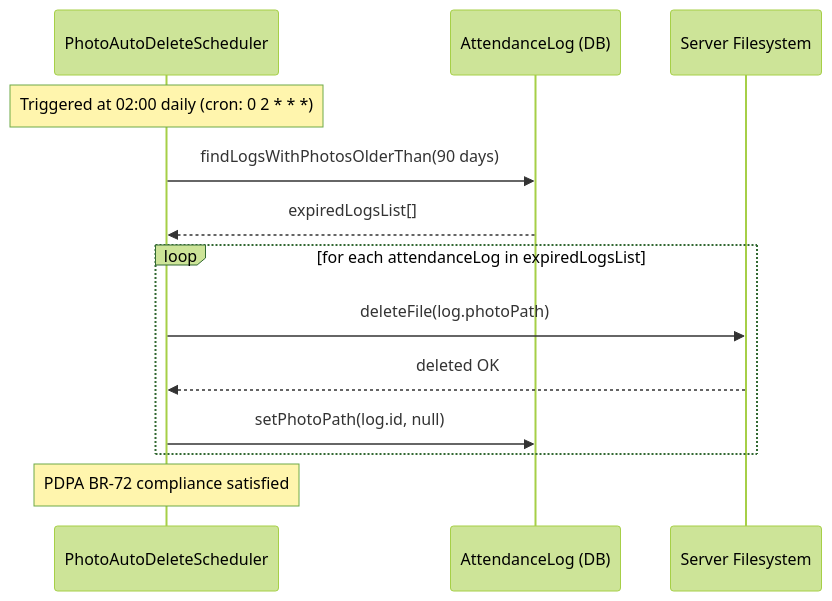
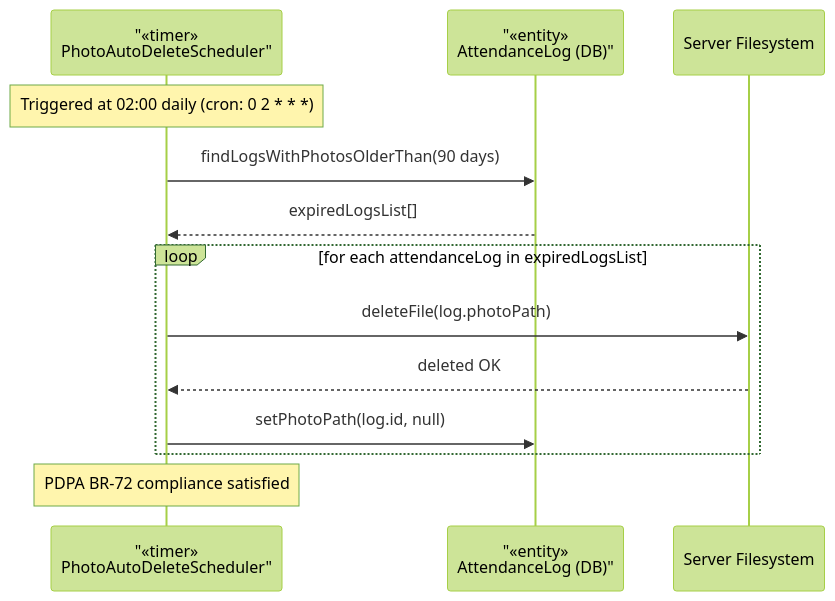
Before and after one commit to Shaichi/Khoga_coffe_shop: the fourth of 5 diagrams in rds_sections/12_detailed_3_9_staff_management.md, drawn with Mermaid (forest theme). The commit also changed other lines of this file and 13 other files, not shown here.

````diff
--- a/rds_sections/12_detailed_3_9_staff_management.md
+++ b/rds_sections/12_detailed_3_9_staff_management.md
@@ -221,18 +221,18 @@
 ```mermaid
 sequenceDiagram
-    participant PhotoScheduler as PhotoAutoDeleteScheduler
-    participant AttendDB as AttendanceLog (DB)
+participant PhotoScheduler as "«timer»<br/>PhotoAutoDeleteScheduler"
+participant AttendDB as "«entity»<br/>AttendanceLog (DB)"
     participant Filesystem as Server Filesystem
 
     Note over PhotoScheduler: Triggered at 02:00 daily (cron: 0 2 * * *)
     PhotoScheduler->>AttendDB: findLogsWithPhotosOlderThan(90 days)
     AttendDB-->>PhotoScheduler: expiredLogsList[]
 
     loop for each attendanceLog in expiredLogsList
         PhotoScheduler->>Filesystem: deleteFile(log.photoPath)
         Filesystem-->>PhotoScheduler: deleted OK
         PhotoScheduler->>AttendDB: setPhotoPath(log.id, null)
     end
 
     Note over PhotoScheduler: PDPA BR-72 compliance satisfied
 ```
````
